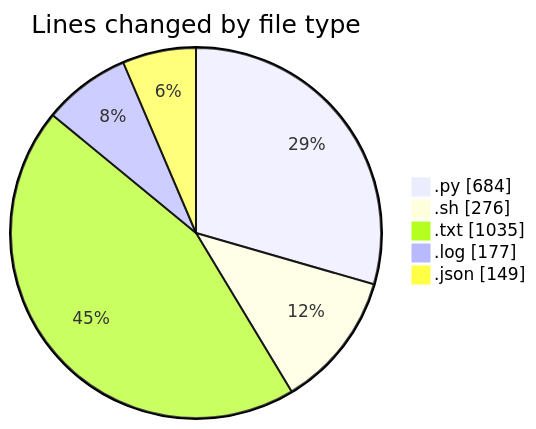
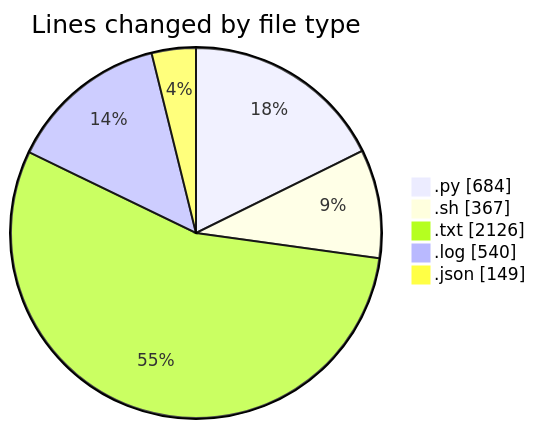
One commit to Unknowalive/code-tracking changed the first of 2 diagrams in 2026-04-11/scripting_workshop/README.md. Above: the diagram before and after it, drawn with Mermaid. The commit also changed other lines of this file and 1 other file, not shown here.

````diff
--- a/2026-04-11/scripting_workshop/README.md
+++ b/2026-04-11/scripting_workshop/README.md
@@ -28,9 +34,9 @@
 ```mermaid
 pie showData
 title Lines changed by file type
 ".py" : 684
-".sh" : 276
-".txt" : 1035
-".log" : 177
+".sh" : 367
+".txt" : 2126
+".log" : 540
 ".json" : 149
 ```
````
